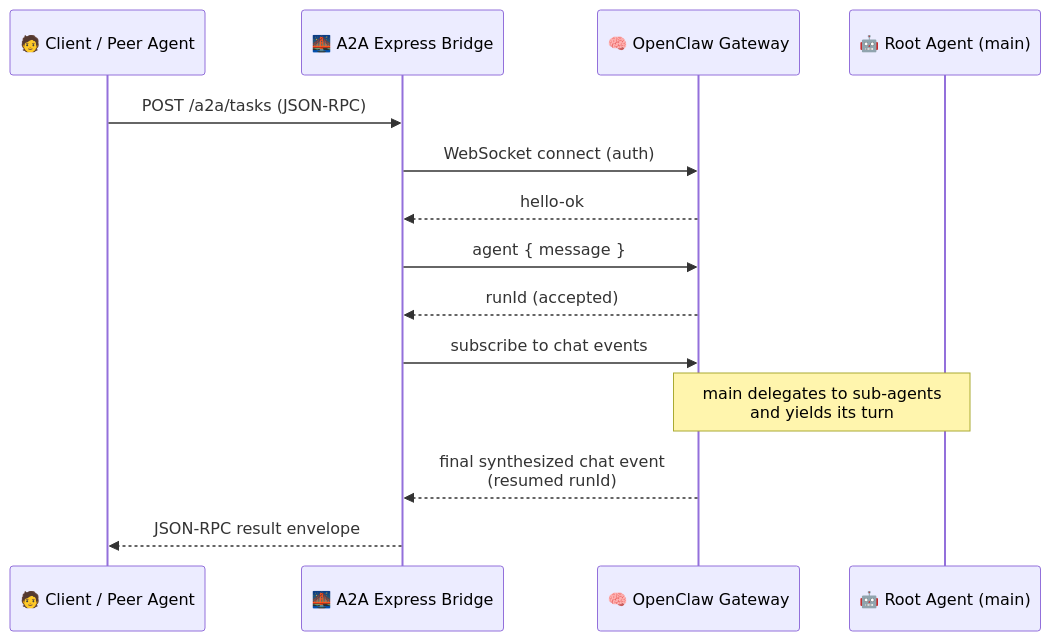
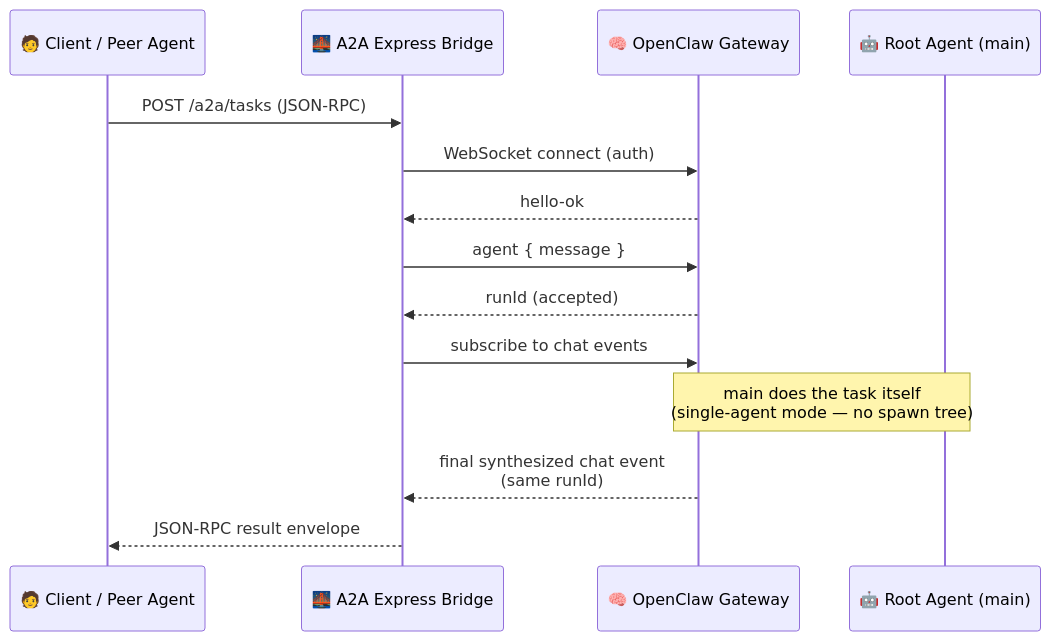
Before and after one commit to giacchetta/openclaw-a2a-bridge: the second of 4 diagrams in README.md, drawn with Mermaid. The commit also changed other lines of this file and 1 other file, not shown here.

````diff
--- a/README.md
+++ b/README.md
@@ -53,17 +52,17 @@
 ```mermaid
 sequenceDiagram
     participant C as 🧑 Client / Peer Agent
     participant B as 🌉 A2A Express Bridge
     participant G as 🧠 OpenClaw Gateway
     participant M as 🤖 Root Agent (main)
 
     C->>B: POST /a2a/tasks (JSON-RPC)
     B->>G: WebSocket connect (auth)
     G-->>B: hello-ok
     B->>G: agent { message }
     G-->>B: runId (accepted)
     B->>G: subscribe to chat events
-    Note over G,M: main delegates to sub-agents<br/>and yields its turn
-    G-->>B: final synthesized chat event<br/>(resumed runId)
+    Note over G,M: main does the task itself<br/>(single-agent mode — no spawn tree)
+    G-->>B: final synthesized chat event<br/>(same runId)
     B-->>C: JSON-RPC result envelope
 ```
````
